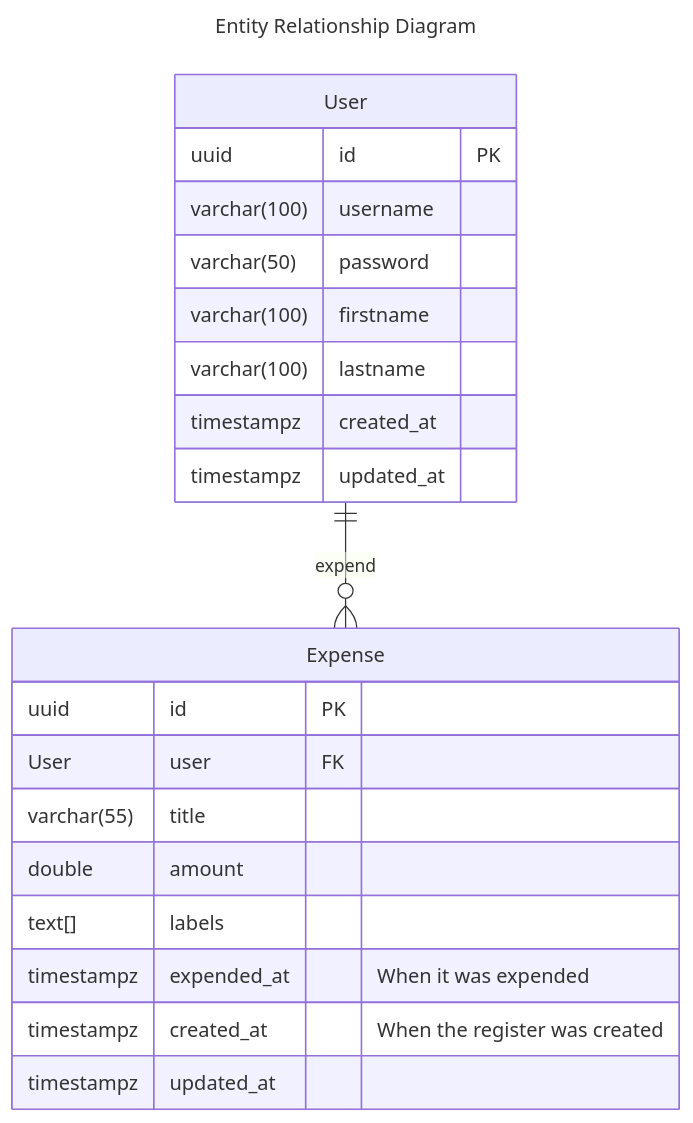
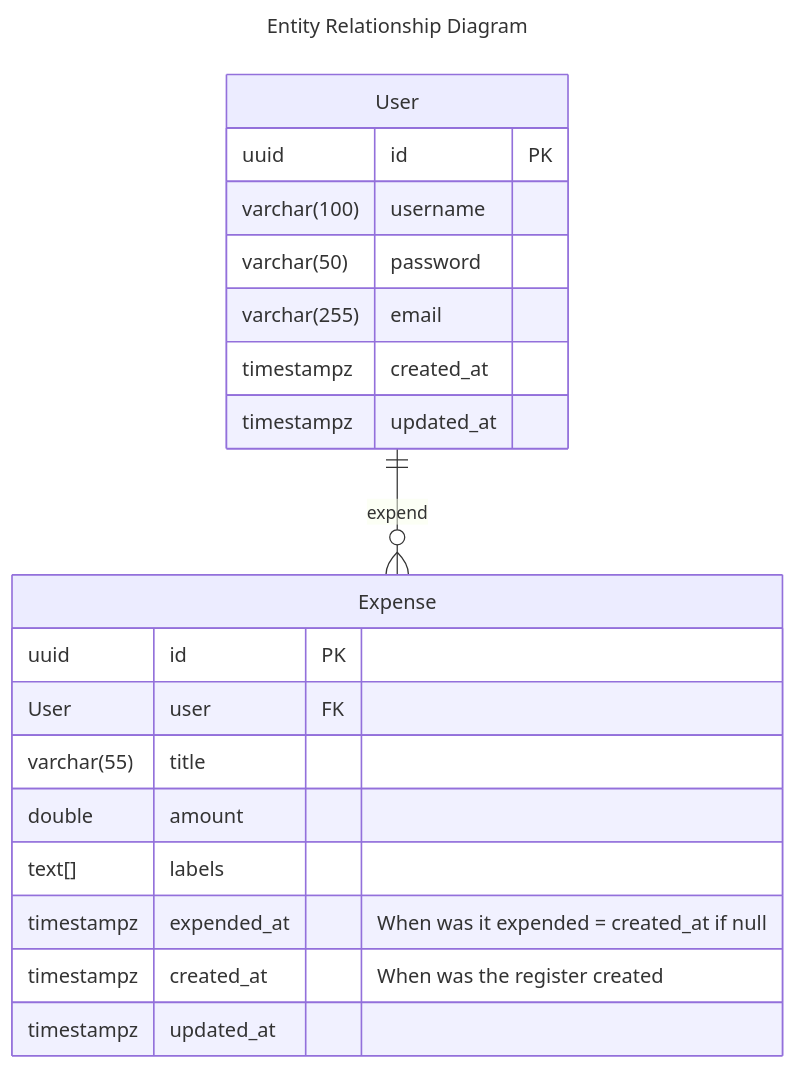
One commit to Fotkurz/expense-tracker changed the diagram in README.md. Above: the diagram before and after it, drawn with Mermaid. The commit also changed other lines of this file and 5 other files, not shown here.

````diff
--- a/README.md
+++ b/README.md
@@ -17,28 +29,27 @@
 ```mermaid
 ---
 title: Entity Relationship Diagram
 ---
 erDiagram
     User ||--o{ Expense: expend
     
     Expense {
         uuid id PK
         User user FK
         varchar(55) title
         double amount
         text[] labels
-        timestampz expended_at "When it was expended"
-        timestampz created_at "When the register was created"
+        timestampz expended_at "When was it expended = created_at if null"
+        timestampz created_at "When was the register created"
         timestampz updated_at
     }
     
     User {
         uuid id PK
         varchar(100) username
         varchar(50) password
-        varchar(100) firstname
-        varchar(100) lastname
+        varchar(255) email
         timestampz created_at
         timestampz updated_at
     }
 ```
````
